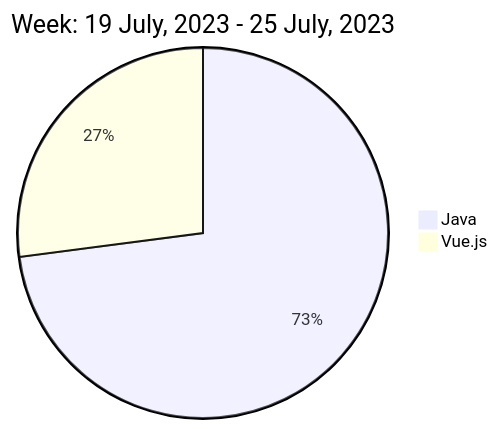
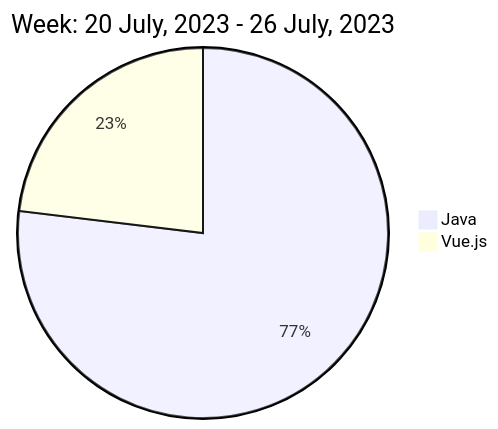
Before and after one commit to liubin95/liubin95: the diagram in README.md, drawn with Mermaid.

Commit message:
Updated the Graph with new Metrics

````diff
--- a/README.md
+++ b/README.md
@@ -40,6 +40,6 @@
 ```mermaid
  pie
-title Week: 19 July, 2023 - 25 July, 2023
- "Java" : 4.77
- "Vue.js" : 1.77
+title Week: 20 July, 2023 - 26 July, 2023
+ "Java" : 3.73
+ "Vue.js" : 1.12
 ```
````
